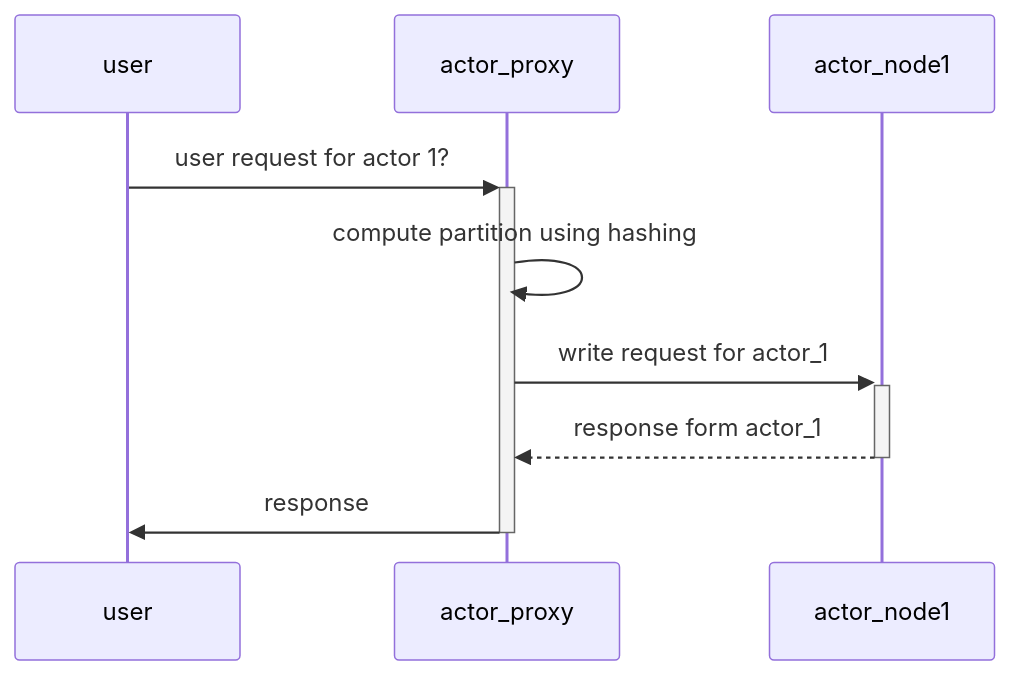
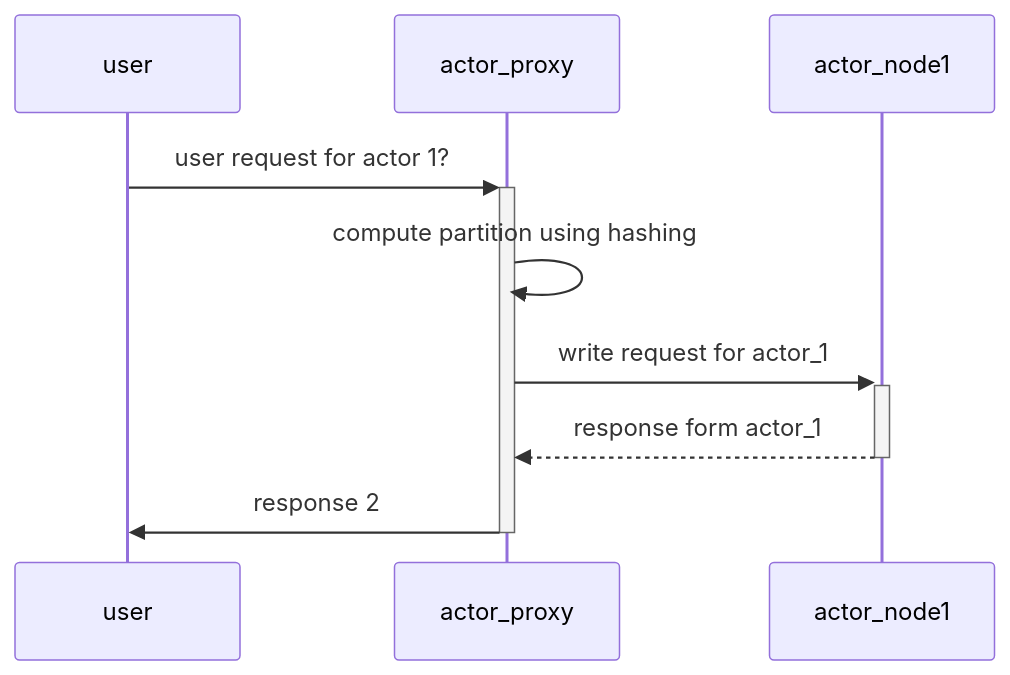
One commit to AICorpGlobal/Delegactor changed the third of 7 diagrams in docs/ActorFramework.md. Above: the diagram before and after it, drawn with Mermaid. The commit also changed other lines of this file, not shown here.

````diff
--- a/docs/ActorFramework.md
+++ b/docs/ActorFramework.md
@@ -113,15 +111,15 @@
 ```mermaid
 
 sequenceDiagram
 
     user->>+actor_proxy: user request for actor 1?    
 
     actor_proxy->>actor_proxy: compute partition using hashing
     
     actor_proxy->>+actor_node1: write request for actor_1
 
     actor_node1-->>-actor_proxy: response form actor_1
     
-    actor_proxy->>-user: response    
+    actor_proxy->>-user: response 2   
     
 ```
````
